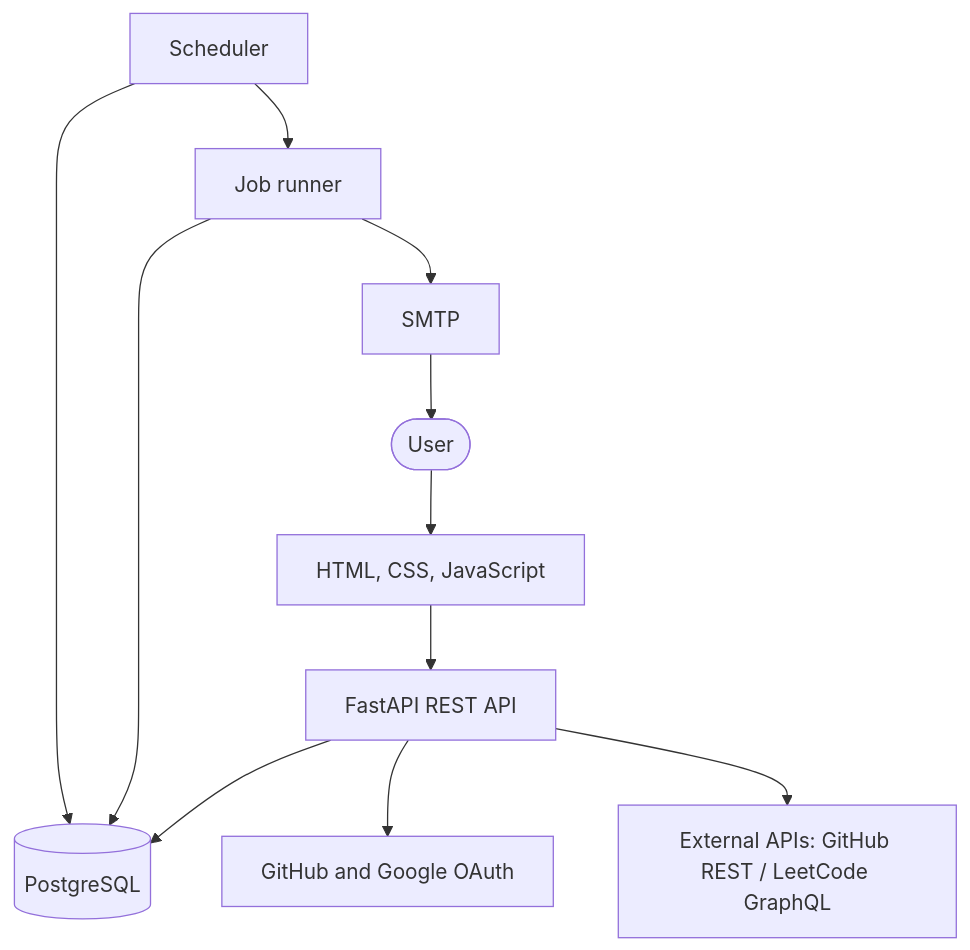
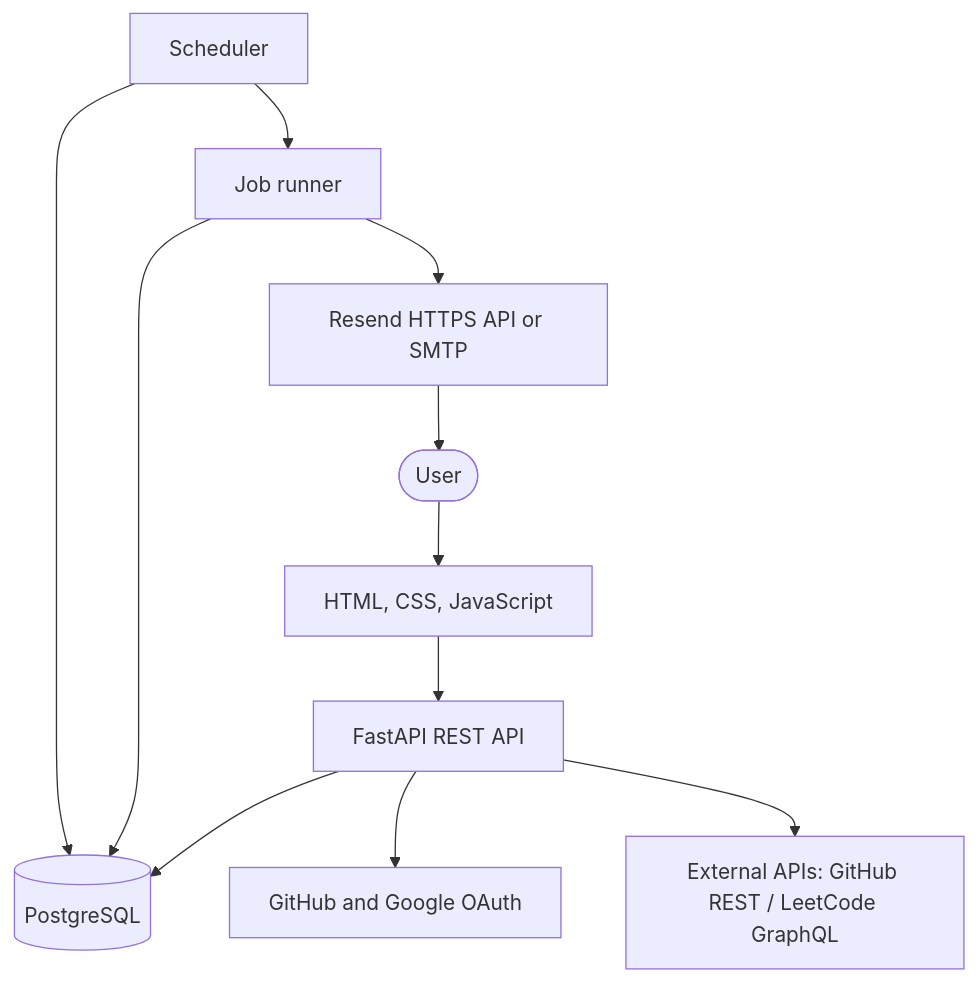
The first of 2 diagrams in ARCHITECTURE.md (rajeev8008/Pace), drawn with Mermaid before and after one commit. The commit also changed other lines of this file and 6 other files, not shown here.

First line of the commit message:
fix route hosted email through Resend HTTPS API

````diff
--- a/ARCHITECTURE.md
+++ b/ARCHITECTURE.md
@@ -7,14 +7,14 @@
 ```mermaid
 flowchart TB
     User([User]) --> UI[HTML, CSS, JavaScript]
     UI --> API[FastAPI REST API]
     API --> DB[(PostgreSQL)]
     API --> OAuth[GitHub and Google OAuth]
     API --> External[External APIs: GitHub REST / LeetCode GraphQL]
 
     Scheduler --> DB
     Scheduler --> Runner[Job runner]
     Runner --> DB
-    Runner --> Email[SMTP]
+    Runner --> Email[Resend HTTPS API or SMTP]
     Email --> User
 ```
````
